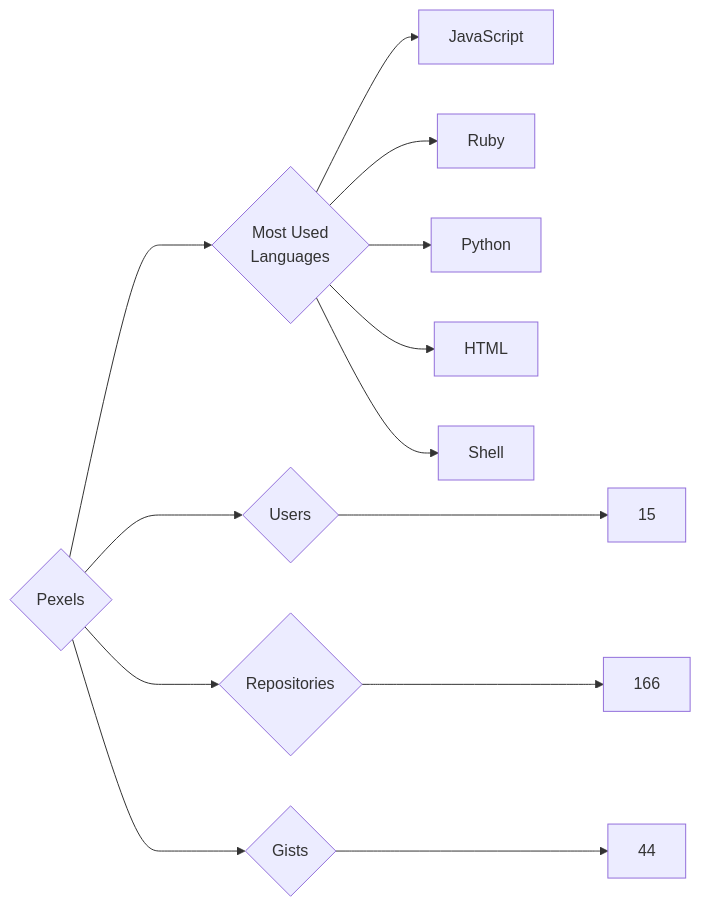
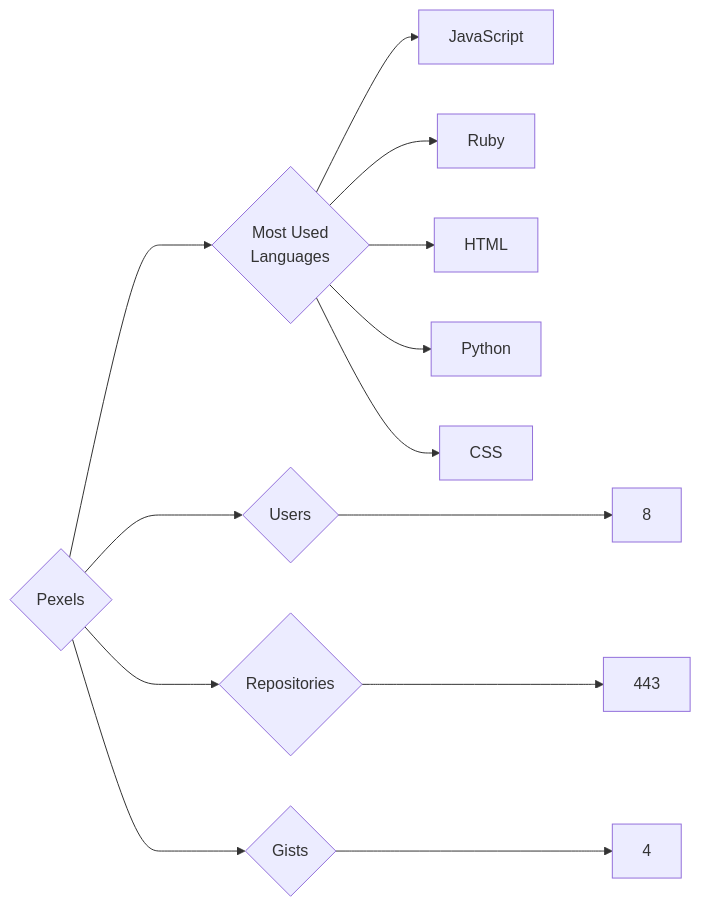
One commit to trickest/insiders changed the diagram in targets/Pexels/README.md. Above: the diagram before and after it, drawn with Mermaid. The commit also changed 1496 other files, not shown here.

````diff
--- a/targets/Pexels/README.md
+++ b/targets/Pexels/README.md
@@ -3,13 +3,13 @@
 ```mermaid
 graph LR
 COMPANY_NAME{Pexels}
-COMPANY_NAME ---> U{Users} ---> UN[15]
-COMPANY_NAME ---> R{Repositories} ---> RN[166]
-COMPANY_NAME ---> G{Gists} ---> GN[44]
+COMPANY_NAME ---> U{Users} ---> UN[8]
+COMPANY_NAME ---> R{Repositories} ---> RN[443]
+COMPANY_NAME ---> G{Gists} ---> GN[4]
 COMPANY_NAME ---> ML{Most Used<br>Languages}
 ML --> JavaScript[JavaScript]
 ML --> Ruby[Ruby]
+ML --> HTML[HTML]
 ML --> Python[Python]
-ML --> HTML[HTML]
-ML --> Shell[Shell]
+ML --> CSS[CSS]
 ```
````
